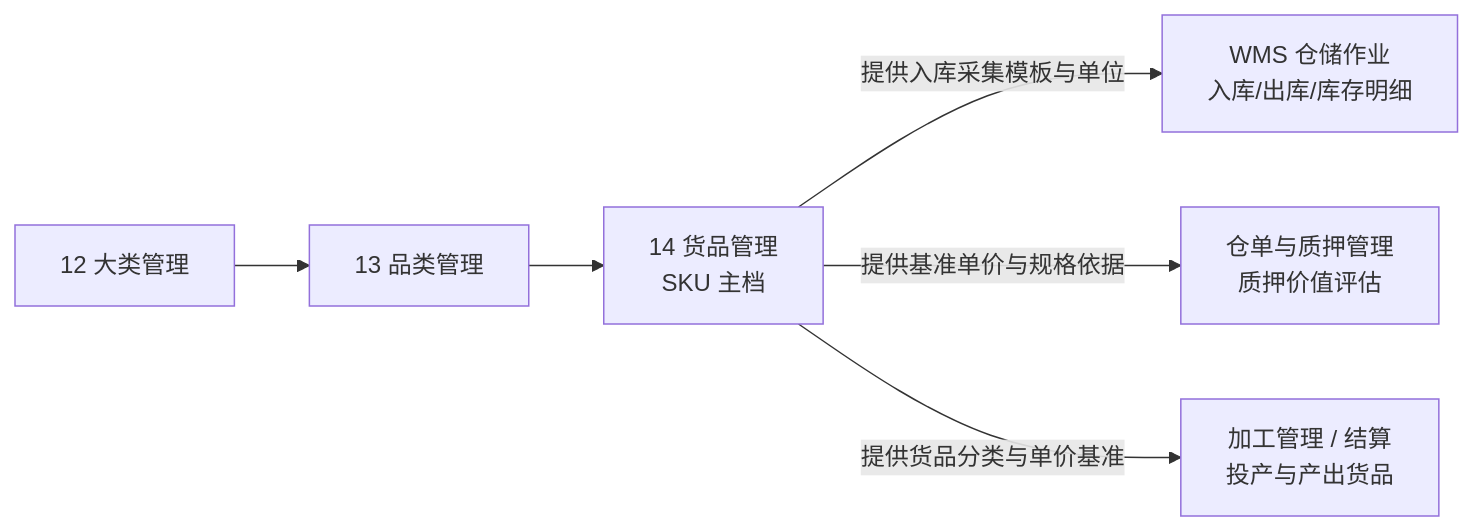
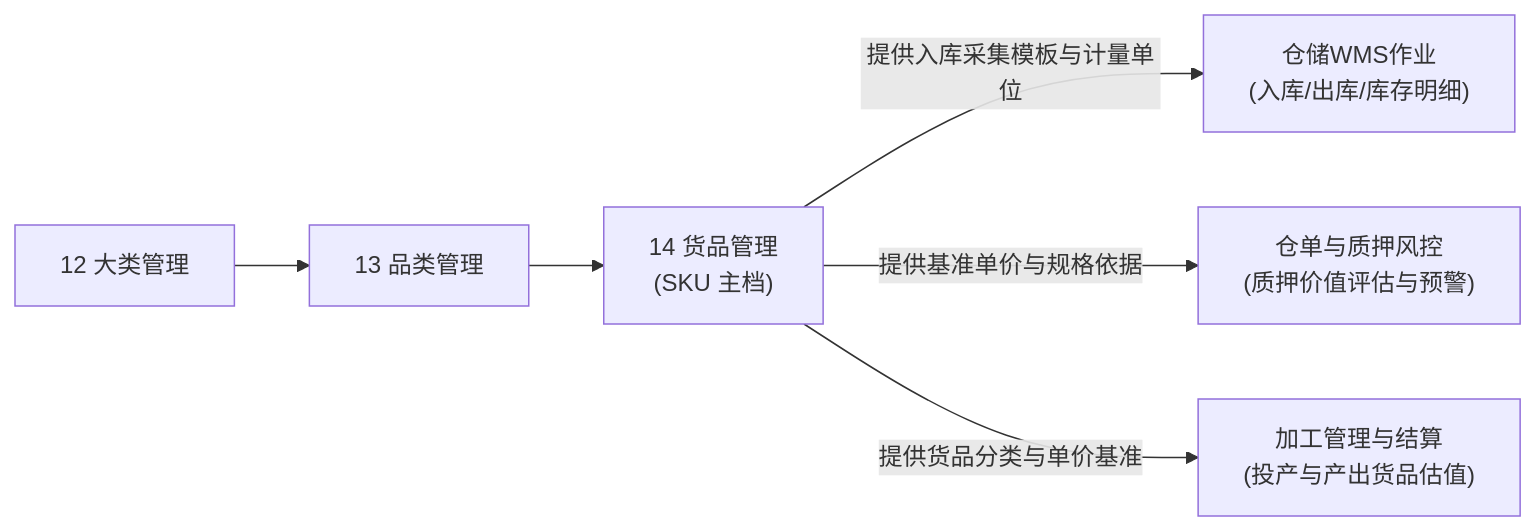
The diagram in 02-PRD文档/🌟🌟🌟-最新基准版/B端PC/08-配置管理/14-货品规格管理-货品管理/货品管理主PRD.md (RobertHuang999/SYZC), drawn with Mermaid before and after one commit. The commit also changed other lines of this file and 264 other files, not shown here.

````diff
--- a/02-PRD文档/🌟🌟🌟-最新基准版/B端PC/08-配置管理/14-货品规格管理-货品管理/货品管理主PRD.md
+++ b/02-PRD文档/🌟🌟🌟-最新基准版/B端PC/08-配置管理/14-货品规格管理-货品管理/货品管理主PRD.md
@@ -25,8 +25,8 @@
 ```mermaid
 flowchart LR
-    A[12 大类管理] --> B[13 品类管理]
-    B --> C[14 货品管理<br/>SKU 主档]
-    C -->|提供入库采集模板与单位| D[WMS 仓储作业<br/>入库/出库/库存明细]
-    C -->|提供基准单价与规格依据| E[仓单与质押管理<br/>质押价值评估]
-    C -->|提供货品分类与单价基准| F[加工管理 / 结算<br/>投产与产出货品]
+    A["12 大类管理"] --> B["13 品类管理"]
+    B --> C["14 货品管理<br/>(SKU 主档)"]
+    C -->|提供入库采集模板与计量单位| D["仓储WMS作业<br/>(入库/出库/库存明细)"]
+    C -->|提供基准单价与规格依据| E["仓单与质押风控<br/>(质押价值评估与预警)"]
+    C -->|提供货品分类与单价基准| F["加工管理与结算<br/>(投产与产出货品估值)"]
 ```
````
